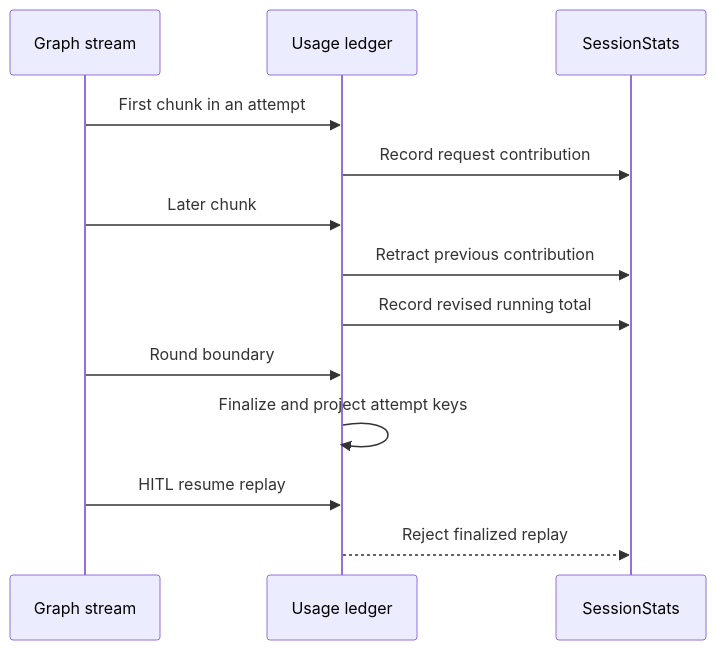
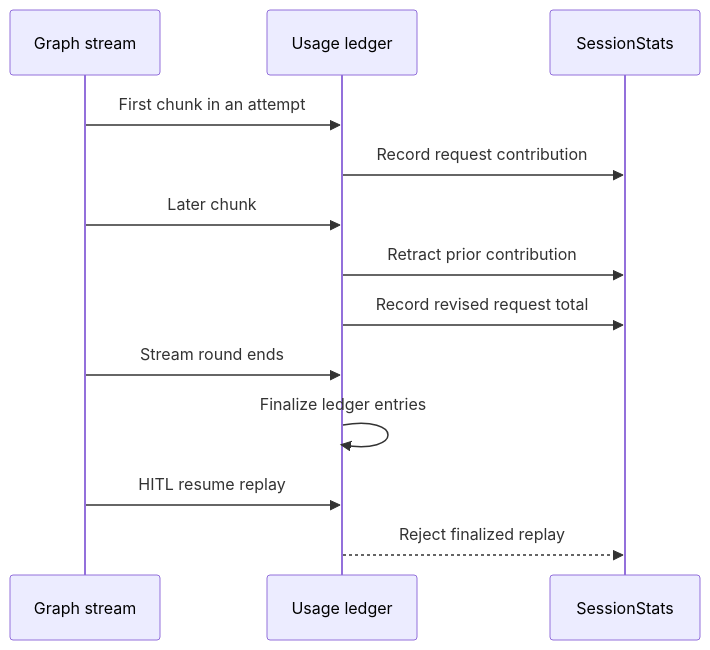
The second of 2 diagrams in openwiki/operations/cost-and-sessions.md (langchain-ai/deepagents), drawn with Mermaid before and after one commit. The commit also changed other lines of this file and 63 other files, not shown here.

````diff
--- a/openwiki/operations/cost-and-sessions.md
+++ b/openwiki/operations/cost-and-sessions.md
@@ -106,15 +93,15 @@
 ```mermaid
 sequenceDiagram
-    participant Graph as Graph stream
+    participant Stream as Graph stream
     participant Ledger as Usage ledger
     participant Stats as SessionStats
-    Graph->>Ledger: First chunk in an attempt
+    Stream->>Ledger: First chunk in an attempt
     Ledger->>Stats: Record request contribution
-    Graph->>Ledger: Later chunk
-    Ledger->>Stats: Retract previous contribution
-    Ledger->>Stats: Record revised running total
-    Graph->>Ledger: Round boundary
-    Ledger->>Ledger: Finalize and project attempt keys
-    Graph->>Ledger: HITL resume replay
+    Stream->>Ledger: Later chunk
+    Ledger->>Stats: Retract prior contribution
+    Ledger->>Stats: Record revised request total
+    Stream->>Ledger: Stream round ends
+    Ledger->>Ledger: Finalize ledger entries
+    Stream->>Ledger: HITL resume replay
     Ledger-->>Stats: Reject finalized replay
 ```
````
